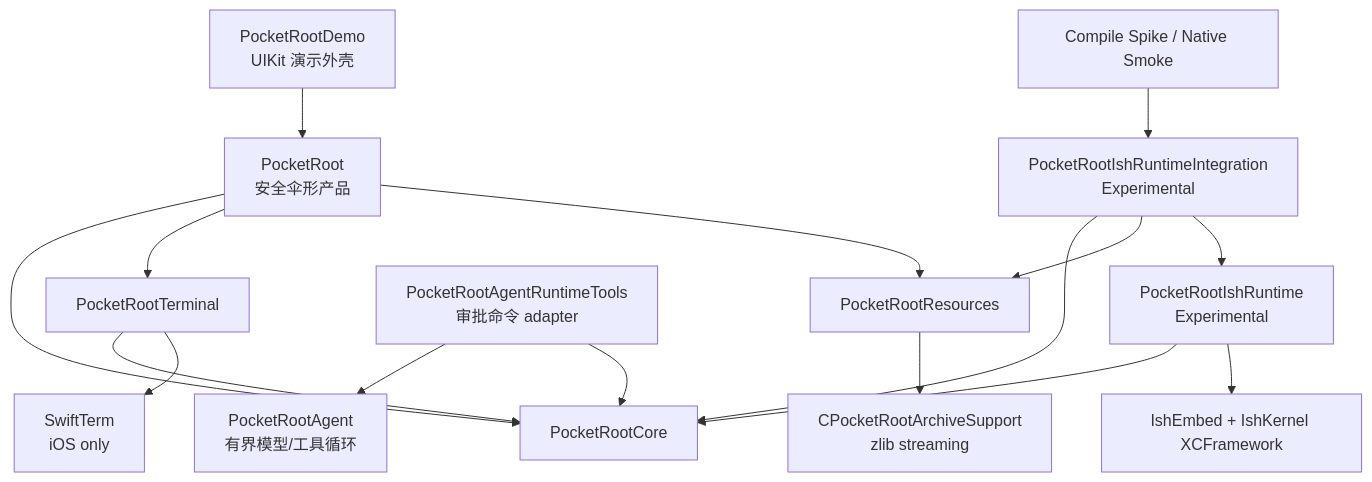
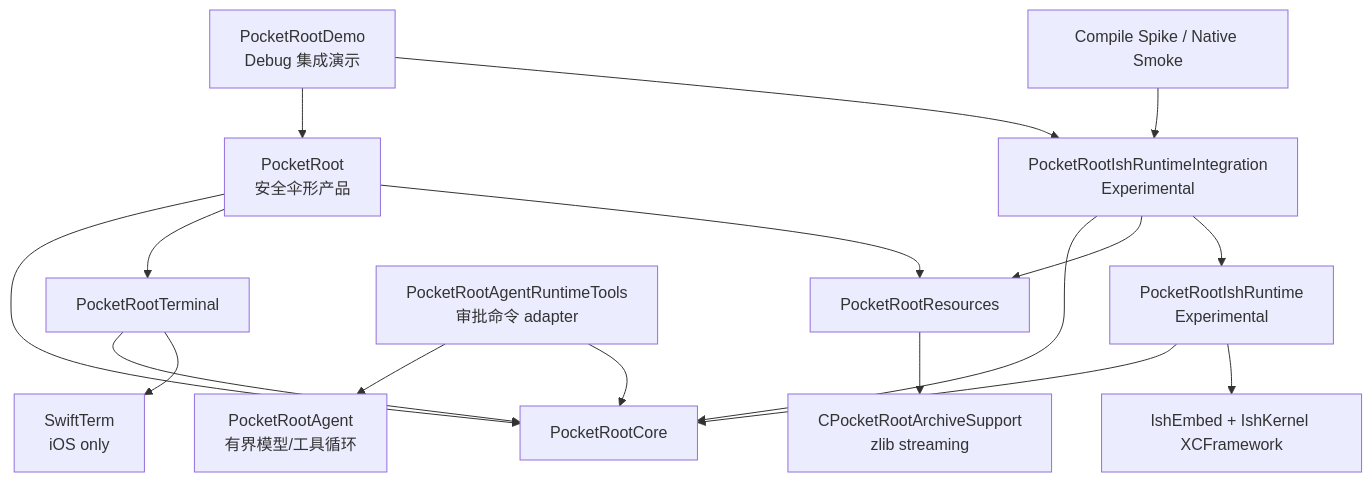
The first of 3 diagrams in Docs/Architecture.md (jacklv-coder/PocketRoot), drawn with Mermaid before and after one commit. The commit also changed other lines of this file and 38 other files, not shown here.

````diff
--- a/Docs/Architecture.md
+++ b/Docs/Architecture.md
@@ -34,22 +34,23 @@
 ```mermaid
 flowchart TB
-    Demo["PocketRootDemo<br/>UIKit 演示外壳"] --> Umbrella["PocketRoot<br/>安全伞形产品"]
+    Demo["PocketRootDemo<br/>Debug 集成演示"] --> Umbrella["PocketRoot<br/>安全伞形产品"]
+    Demo --> Integration
     Umbrella --> Core["PocketRootCore"]
     Umbrella --> Terminal["PocketRootTerminal"]
     Umbrella --> Resources["PocketRootResources"]
 
     Terminal --> Core
     Terminal --> SwiftTerm["SwiftTerm<br/>iOS only"]
     Resources --> Archive["CPocketRootArchiveSupport<br/>zlib streaming"]
     Agent["PocketRootAgent<br/>有界模型/工具循环"]
     AgentTools["PocketRootAgentRuntimeTools<br/>审批命令 adapter"] --> Agent
     AgentTools --> Core
 
     Integration["PocketRootIshRuntimeIntegration<br/>Experimental"] --> Core
     Integration --> Resources
     Integration --> Runtime["PocketRootIshRuntime<br/>Experimental"]
     Runtime --> Core
     Runtime --> IshEmbed["IshEmbed + IshKernel XCFramework"]
 
     Smoke["Compile Spike / Native Smoke"] --> Integration
 ```
````
